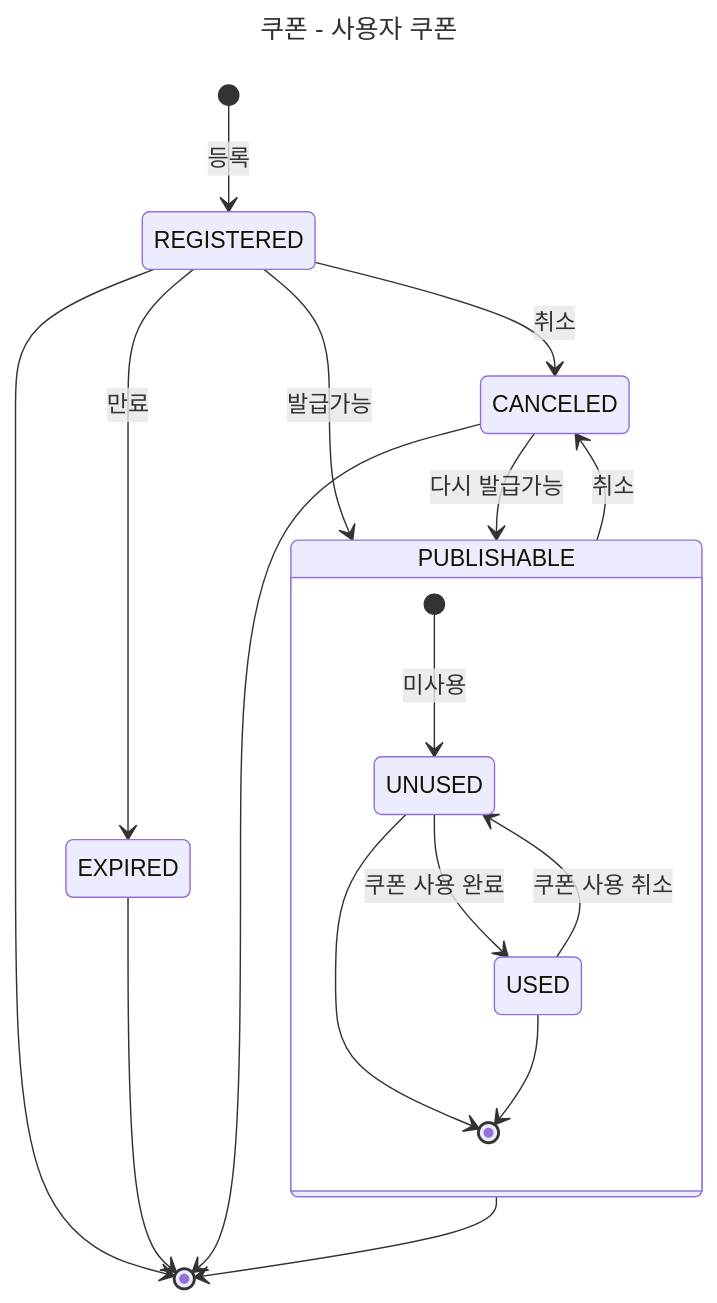
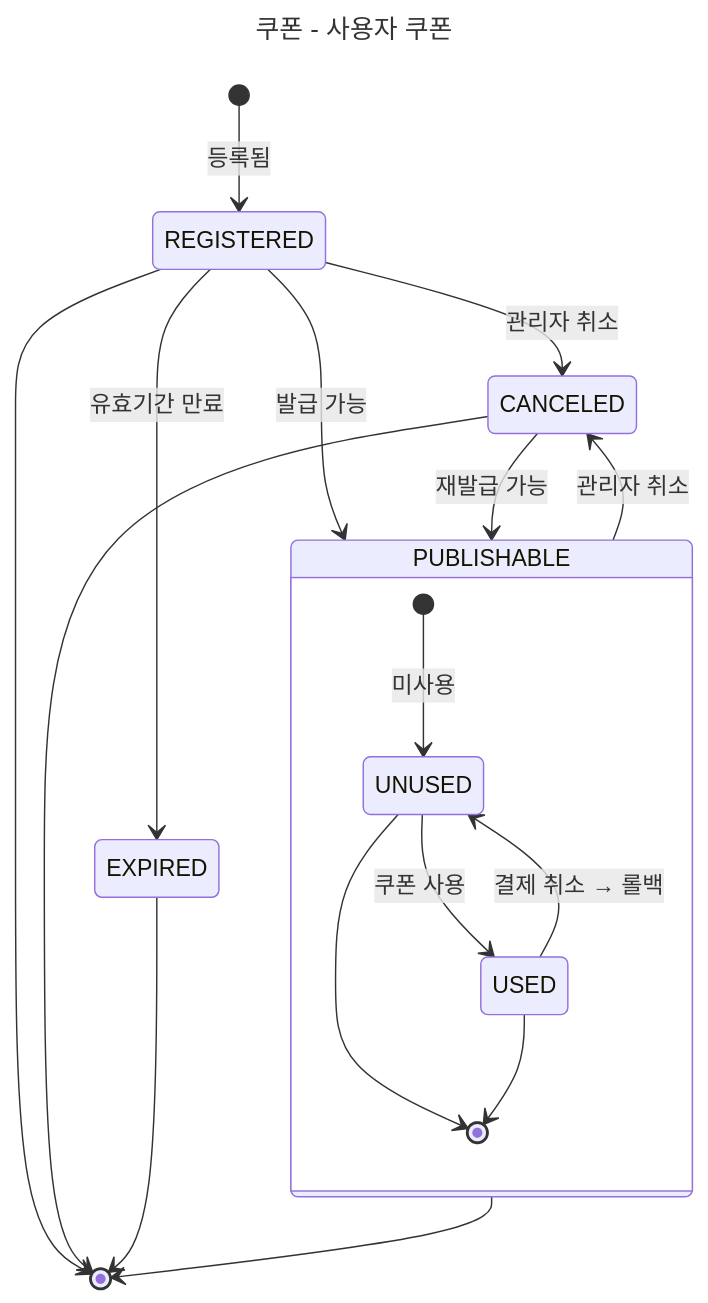
One commit to discphy/hhplus-e-commerce changed the first of 3 diagrams in docs/architecture/03-2.StateDiagram.md. Above: the diagram before and after it, drawn with Mermaid. The commit also changed other lines of this file, not shown here.

Commit message:
[DOCS] 상태 다이어그램 문서 다듬기

````diff
--- a/docs/architecture/03-2.StateDiagram.md
+++ b/docs/architecture/03-2.StateDiagram.md
@@ -29,23 +29,24 @@
 ```mermaid
 ---
 title: 쿠폰 - 사용자 쿠폰  
 ---
+
 stateDiagram-v2
-    [*] --> REGISTERED: 등록
-    REGISTERED --> PUBLISHABLE: 발급가능
+    [*] --> REGISTERED: 등록됨
+    REGISTERED --> PUBLISHABLE: 발급 가능
+    REGISTERED --> CANCELED: 관리자 취소
+    REGISTERED --> EXPIRED: 유효기간 만료
+    PUBLISHABLE --> CANCELED: 관리자 취소
+    CANCELED --> PUBLISHABLE: 재발급 가능
     state PUBLISHABLE {
         [*] --> UNUSED: 미사용
+        UNUSED --> USED: 쿠폰 사용
+        USED --> UNUSED: 결제 취소 → 롤백
         UNUSED --> [*]
-        UNUSED --> USED: 쿠폰 사용 완료
-        USED --> UNUSED: 쿠폰 사용 취소
         USED --> [*]
     }
-    REGISTERED --> EXPIRED: 만료
-    REGISTERED --> CANCELED: 취소
-    PUBLISHABLE --> CANCELED: 취소
-    CANCELED --> PUBLISHABLE: 다시 발급가능
+    REGISTERED --> [*]
     PUBLISHABLE --> [*]
-    REGISTERED --> [*]
+    CANCELED --> [*]
     EXPIRED --> [*]
-    CANCELED --> [*]
 ```
````
